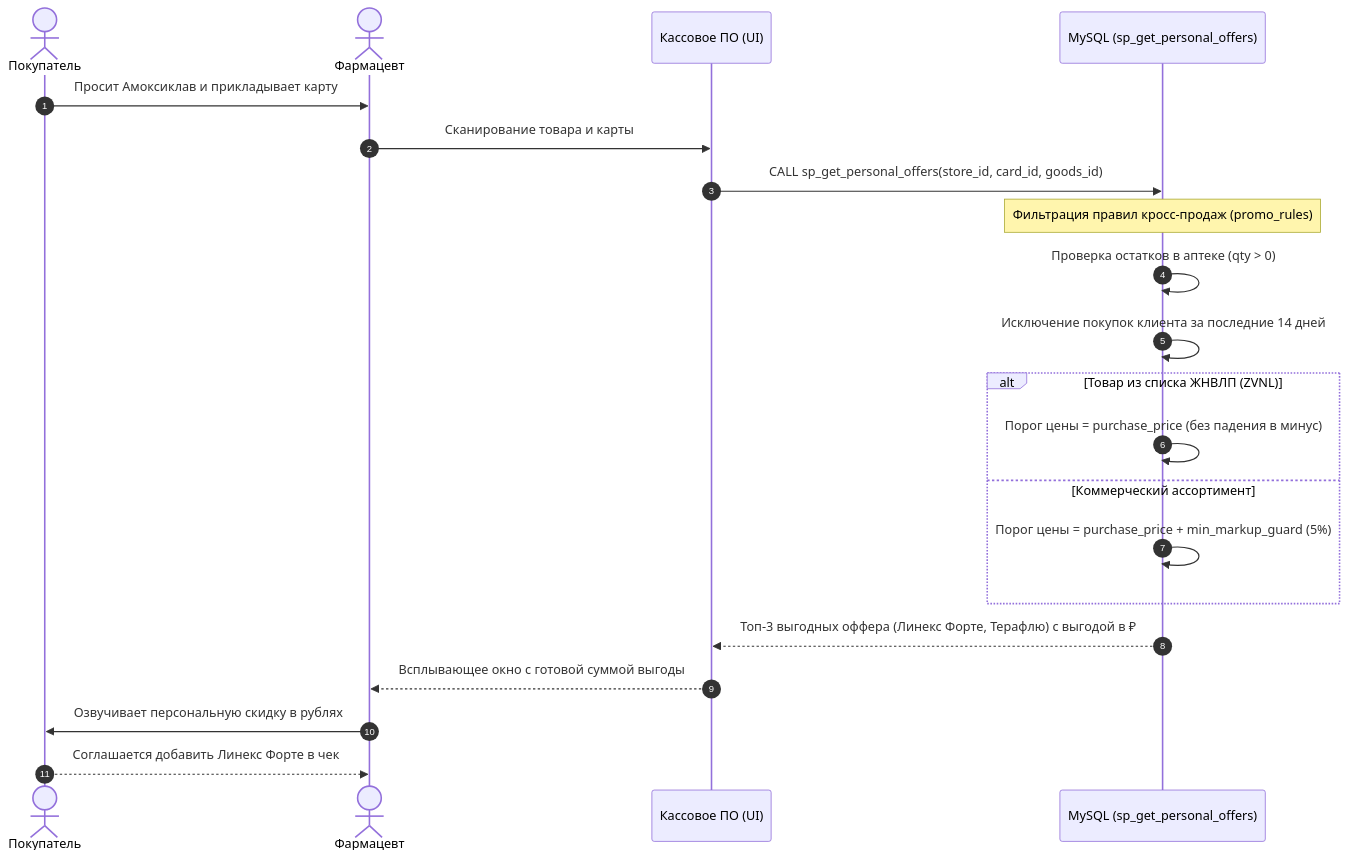
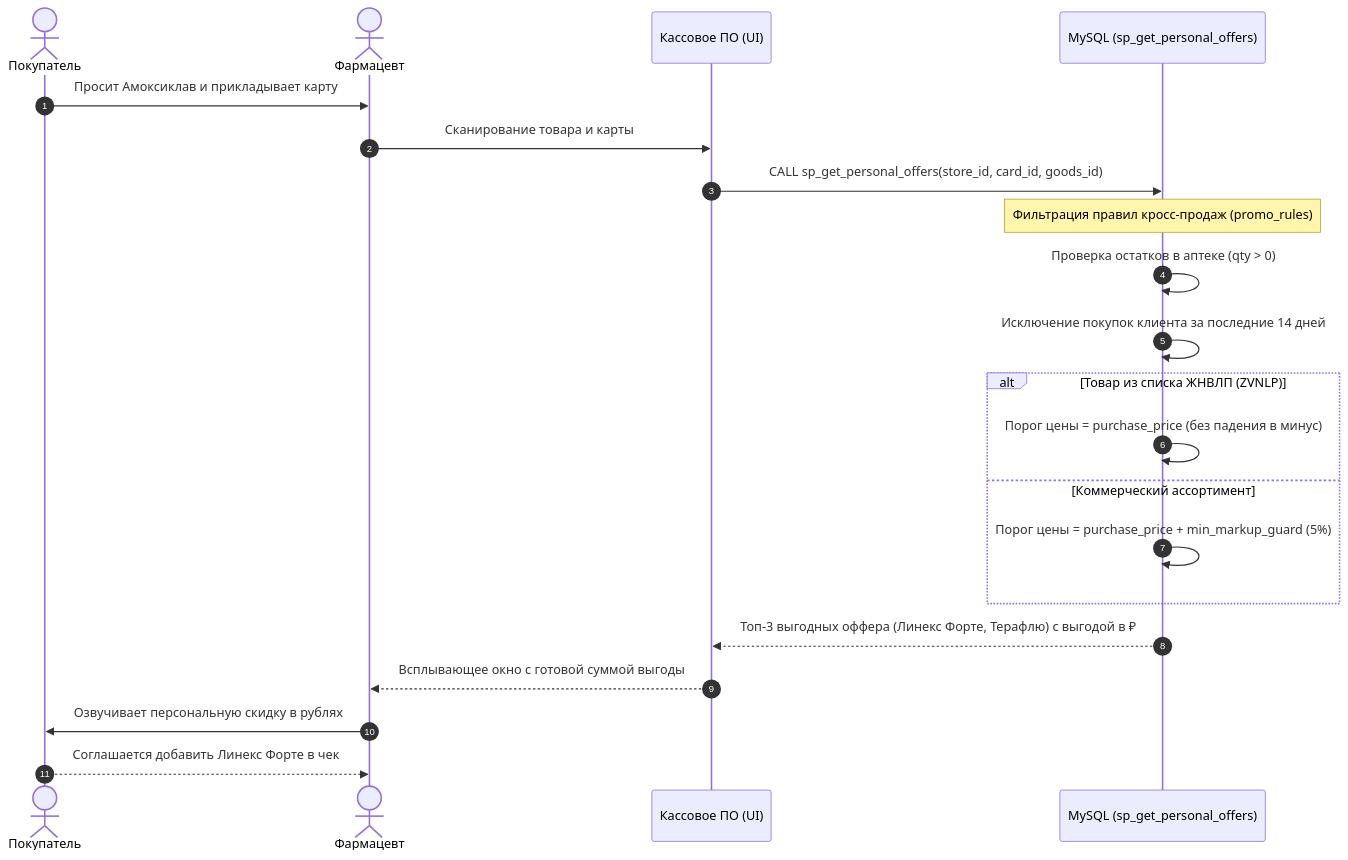
The second of 3 diagrams in README.md (vladbatalov/pharm_pentagon), drawn with Mermaid before and after one commit. The commit also changed other lines of this file, not shown here.

````diff
--- a/README.md
+++ b/README.md
@@ -191,27 +174,27 @@
 ```mermaid
 sequenceDiagram
     autonumber
     actor Client as Покупатель
     actor Pharm as Фармацевт
     participant POS as Кассовое ПО (UI)
     participant DB as MySQL (sp_get_personal_offers)
 
     Client->>Pharm: Просит Амоксиклав и прикладывает карту #1000001
     Pharm->>POS: Сканирование товара и карты
     POS->>DB: CALL sp_get_personal_offers(store_id, card_id, goods_id)
 
     Note over DB: Фильтрация правил кросс-продаж (promo_rules)
     DB->>DB: Проверка остатков в аптеке (qty > 0)
     DB->>DB: Исключение покупок клиента за последние 14 дней
 
-    alt Товар из списка ЖНВЛП (ZVNL)
+    alt Товар из списка ЖНВЛП (ZVNLP)
         DB->>DB: Порог цены = purchase_price (без падения в минус)
     else Коммерческий ассортимент
         DB->>DB: Порог цены = purchase_price + min_markup_guard (5%)
     end
 
     DB-->>POS: Топ-3 выгодных оффера (Линекс Форте, Терафлю) с выгодой в ₽
     POS-->>Pharm: Всплывающее окно с готовой суммой выгоды
     Pharm->>Client: Озвучивает персональную скидку в рублях
     Client-->>Pharm: Соглашается добавить Линекс Форте в чек
 ```
````
